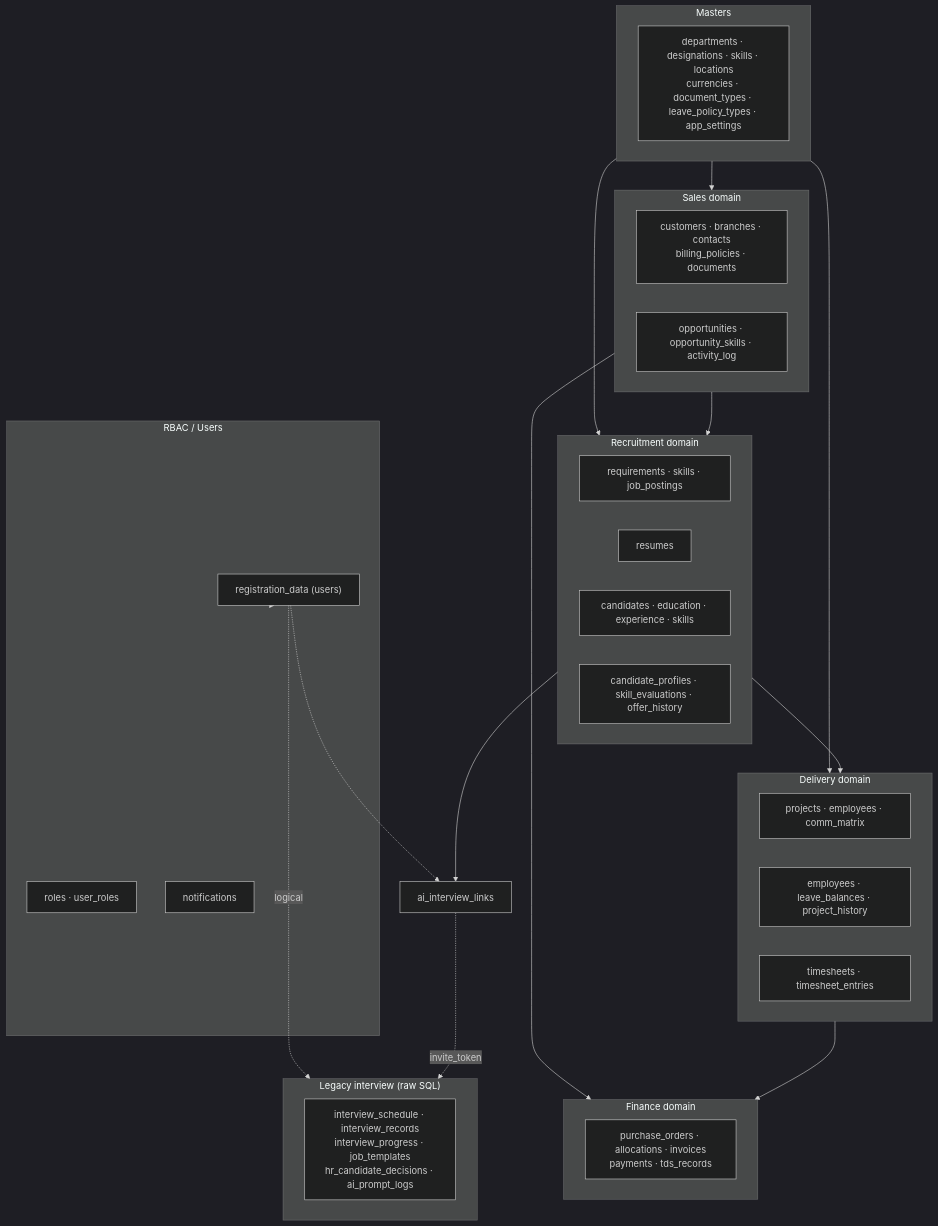
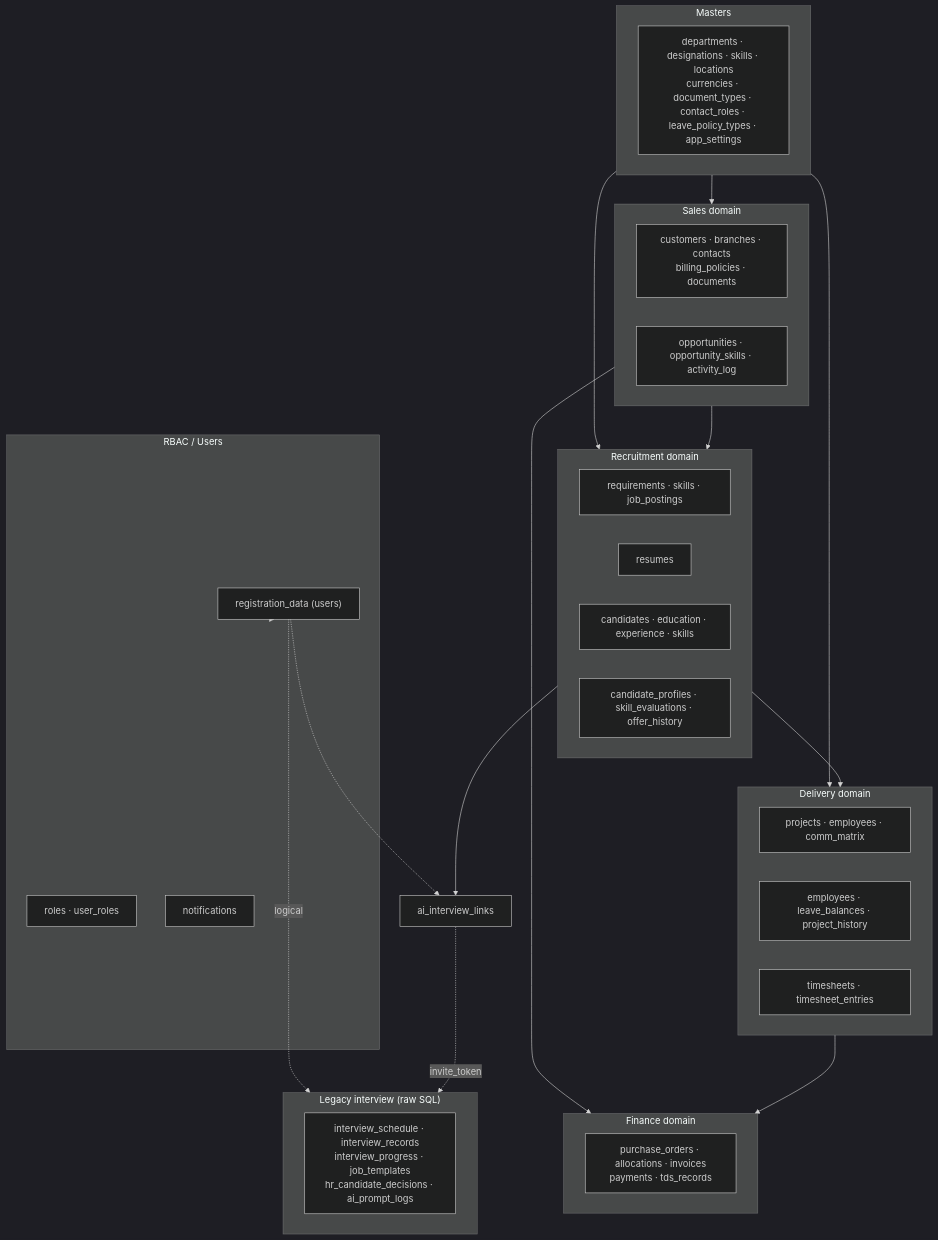
The first of 7 diagrams in docs/architecture/03-database-er.md (pawan-88/CRM-AI-Interview-Backend-B-V2), drawn with Mermaid (dark theme) before and after one commit. The commit also changed other lines of this file and 63 other files, not shown here.

Commit message:
Add CRM delete cascades, leave effective_date, and project/leave billing policy APIs.

````diff
--- a/docs/architecture/03-database-er.md
+++ b/docs/architecture/03-database-er.md
@@ -14,46 +14,46 @@
 ```mermaid
 graph TB
     subgraph rbac["RBAC / Users"]
         u["registration_data (users)"]
         roles["roles · user_roles"]
         notif["notifications"]
     end
     subgraph masters["Masters"]
-        m["departments · designations · skills · locations<br/>currencies · document_types · leave_policy_types · app_settings"]
+        m["departments · designations · skills · locations<br/>currencies · document_types · contact_roles · leave_policy_types · app_settings"]
     end
     subgraph sales["Sales domain"]
         cust["customers · branches · contacts<br/>billing_policies · documents"]
         opp["opportunities · opportunity_skills · activity_log"]
     end
     subgraph recruit["Recruitment domain"]
         req["requirements · skills · job_postings"]
         res["resumes"]
         cand["candidates · education · experience · skills"]
         prof["candidate_profiles · skill_evaluations · offer_history"]
     end
     subgraph delivery["Delivery domain"]
         proj["projects · employees · comm_matrix"]
         emp["employees · leave_balances · project_history"]
         ts["timesheets · timesheet_entries"]
     end
     subgraph finance["Finance domain"]
         fin["purchase_orders · allocations · invoices<br/>payments · tds_records"]
     end
     subgraph legacy["Legacy interview (raw SQL)"]
         li["interview_schedule · interview_records<br/>interview_progress · job_templates<br/>hr_candidate_decisions · ai_prompt_logs"]
     end
     bridge["ai_interview_links"]
 
     sales --> recruit
     recruit --> bridge
     bridge -.->|invite_token| legacy
     u -.-> bridge
     recruit --> delivery
     delivery --> finance
     sales --> finance
     masters --> sales
     masters --> recruit
     masters --> delivery
     u --> rbac
     u -.->|logical| legacy
 ```
````
